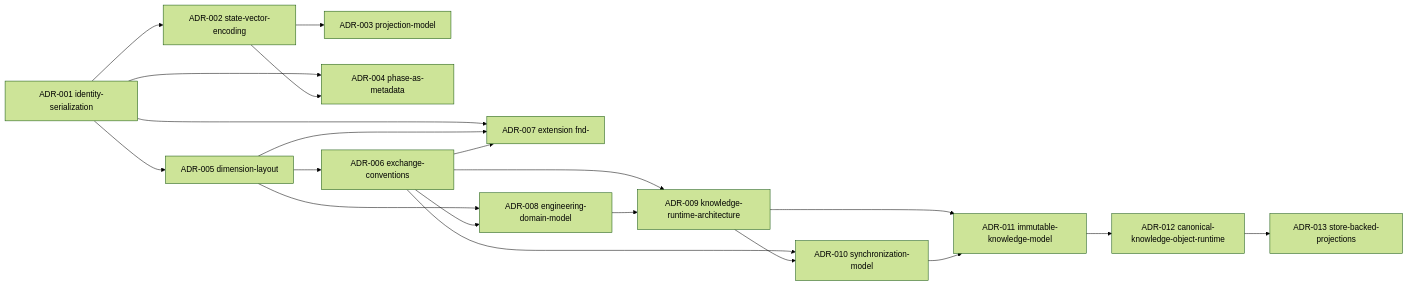
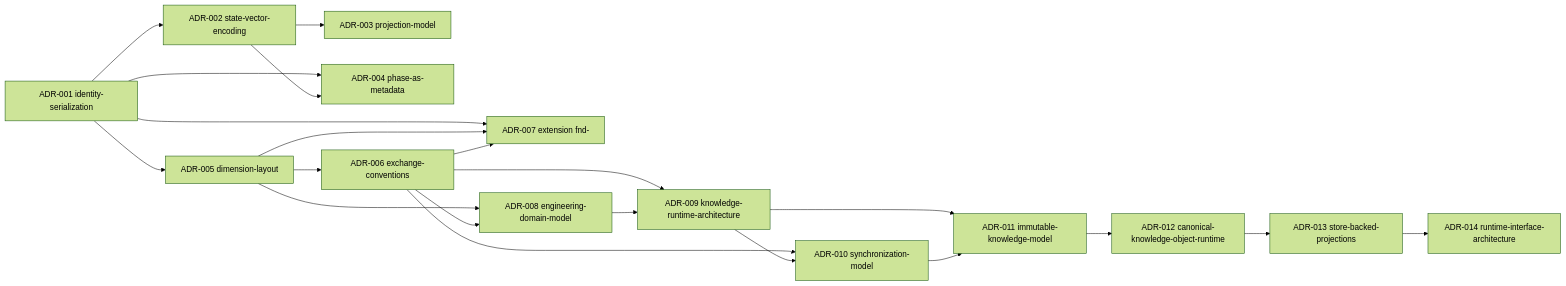
Before and after one commit to maleolabs/engineering-knowledge-architecture: the diagram in reference/adr-summary.md, drawn with Mermaid (forest theme). The commit also changed other lines of this file and 39 other files, not shown here.

````diff
--- a/reference/adr-summary.md
+++ b/reference/adr-summary.md
@@ -52,22 +53,23 @@
 ```mermaid
 flowchart LR
   A1[ADR-001 identity-serialization] --> A2[ADR-002 state-vector-encoding]
   A2 --> A3[ADR-003 projection-model]
   A1 --> A4[ADR-004 phase-as-metadata]
   A2 --> A4
   A1 --> A5[ADR-005 dimension-layout]
   A5 --> A6[ADR-006 exchange-conventions]
   A1 --> A7[ADR-007 extension fnd-]
   A5 --> A7
   A6 --> A7
   A5 --> A8[ADR-008 engineering-domain-model]
   A6 --> A8
   A6 --> A9[ADR-009 knowledge-runtime-architecture]
   A8 --> A9
   A6 --> A10[ADR-010 synchronization-model]
   A9 --> A10
   A9 --> A11[ADR-011 immutable-knowledge-model]
   A10 --> A11
   A11 --> A12[ADR-012 canonical-knowledge-object-runtime]
   A12 --> A13[ADR-013 store-backed-projections]
+  A13 --> A14[ADR-014 runtime-interface-architecture]
 ```
````
